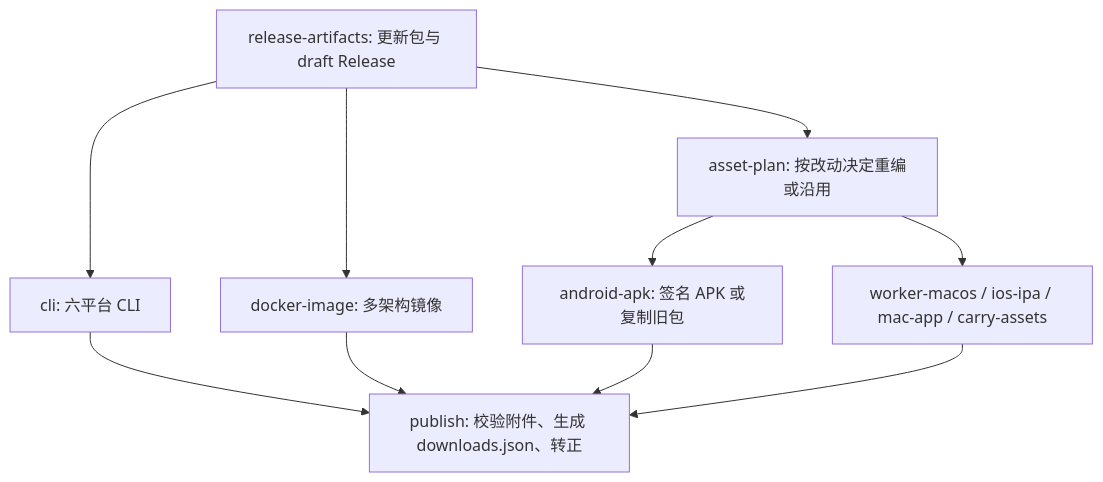
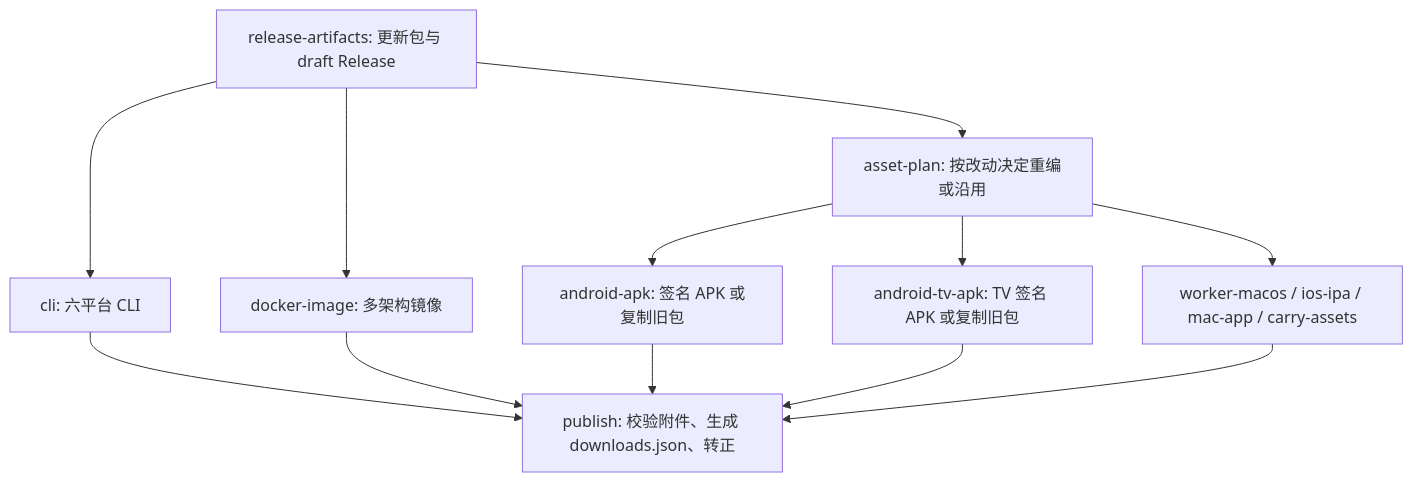
One commit to DongShull/MovieClaw changed the diagram in docs/design/android-release.md. Above: the diagram before and after it, drawn with Mermaid. The commit also changed other lines of this file and 13 other files, not shown here.

First line of the commit message:
feat(release): ship the Android TV APK from the release workflow

````diff
--- a/docs/design/android-release.md
+++ b/docs/design/android-release.md
@@ -33,12 +33,14 @@
 ```mermaid
 flowchart TD
     A[release-artifacts: 更新包与 draft Release] --> B[cli: 六平台 CLI]
     A --> C[docker-image: 多架构镜像]
     A --> D[asset-plan: 按改动决定重编或沿用]
     D --> E[android-apk: 签名 APK 或复制旧包]
+    D --> H[android-tv-apk: TV 签名 APK 或复制旧包]
     D --> F[worker-macos / ios-ipa / mac-app / carry-assets]
     B --> G[publish: 校验附件、生成 downloads.json、转正]
     C --> G
     E --> G
+    H --> G
     F --> G
 ```
````
